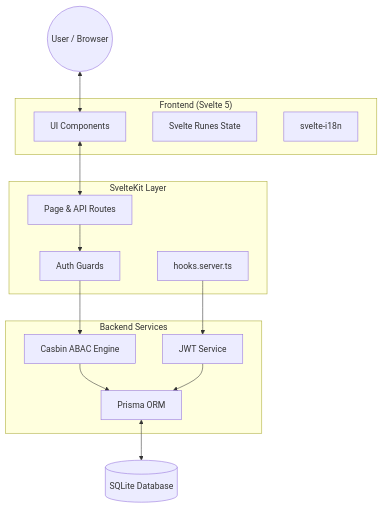
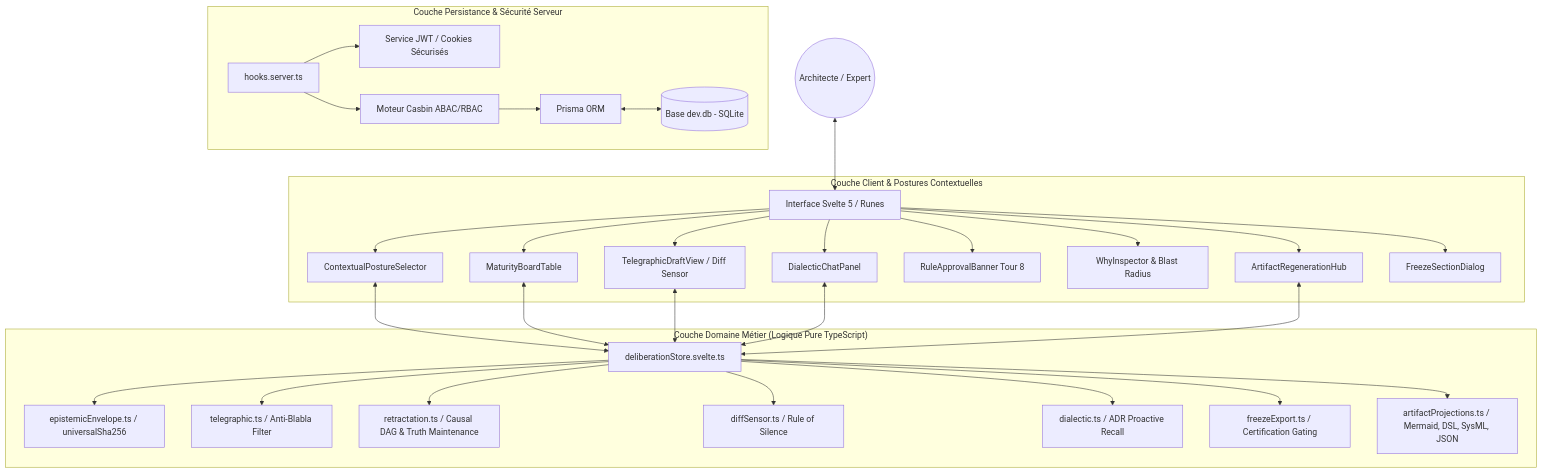
Before and after one commit to MauriceIsrael/archinex: the first of 4 diagrams in ARCHITECTURE.md, drawn with Mermaid. The commit also changed other lines of this file and 4 other files, not shown here.

Commit message:
docs: overhaul README, ARCHITECTURE, developer-guide, user-guide and add verify script

````diff
--- a/ARCHITECTURE.md
+++ b/ARCHITECTURE.md
@@ -9,33 +14,40 @@
 ```mermaid
 graph TD
-    User((User / Browser))
+    User((Architecte / Expert)) <--> UI[Interface Svelte 5 / Runes]
     
-    subgraph "Frontend (Svelte 5)"
-        UI[UI Components]
-        Runes[Svelte Runes State]
-        I18n[svelte-i18n]
+    subgraph "Couche Client & Postures Contextuelles"
+        UI --> PostureSelector[ContextualPostureSelector]
+        UI --> Board[MaturityBoardTable]
+        UI --> Draft[TelegraphicDraftView / Diff Sensor]
+        UI --> Chat[DialecticChatPanel]
+        UI --> RuleBanner[RuleApprovalBanner Tour 8]
+        UI --> Inspector[WhyInspector & Blast Radius]
+        UI --> Hub[ArtifactRegenerationHub]
+        UI --> FreezeModal[FreezeSectionDialog]
     end
     
-    subgraph "SvelteKit Layer"
-        Hooks[hooks.server.ts]
-        Routes[Page & API Routes]
-        Guards[Auth Guards]
+    subgraph "Couche Domaine Métier (Logique Pure TypeScript)"
+        Store[deliberationStore.svelte.ts]
+        Store --> Epistemic[epistemicEnvelope.ts / universalSha256]
+        Store --> Tone[telegraphic.ts / Anti-Blabla Filter]
+        Store --> DAG[retractation.ts / Causal DAG & Truth Maintenance]
+        Store --> Diff[diffSensor.ts / Rule of Silence]
+        Store --> Dialectic[dialectic.ts / ADR Proactive Recall]
+        Store --> Freeze[freezeExport.ts / Certification Gating]
+        Store --> Projections[artifactProjections.ts / Mermaid, DSL, SysML, JSON]
     end
     
-    subgraph "Backend Services"
-        Casbin[Casbin ABAC Engine]
-        JWT[JWT Service]
+    subgraph "Couche Persistance & Sécurité Serveur"
+        Hooks[hooks.server.ts]
+        JWT[Service JWT / Cookies Sécurisés]
+        Casbin[Moteur Casbin ABAC/RBAC]
         Prisma[Prisma ORM]
+        DB[(Base dev.db - SQLite)]
     end
     
-    DB[(SQLite Database)]
-
-    User <--> UI
-    UI <--> Routes
-    Routes --> Guards
+    PostureSelector & Board & Draft & Chat & Hub <--> Store
     Hooks --> JWT
-    Guards --> Casbin
+    Hooks --> Casbin
     Casbin --> Prisma
     Prisma <--> DB
-    JWT --> Prisma
 ```
````
